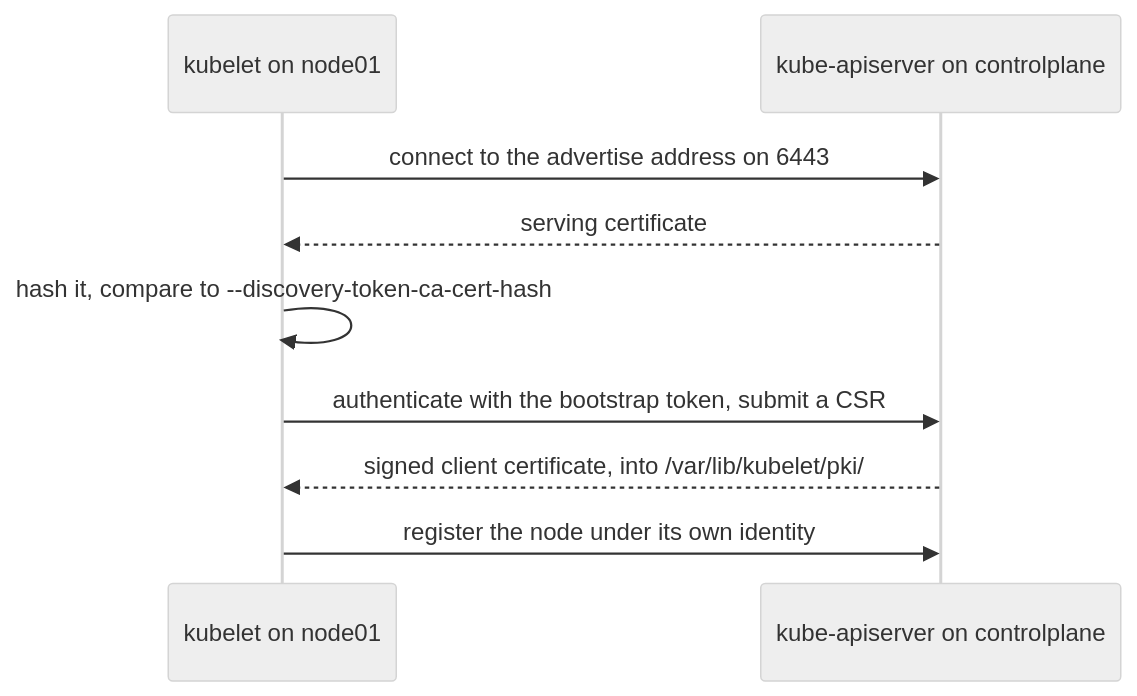
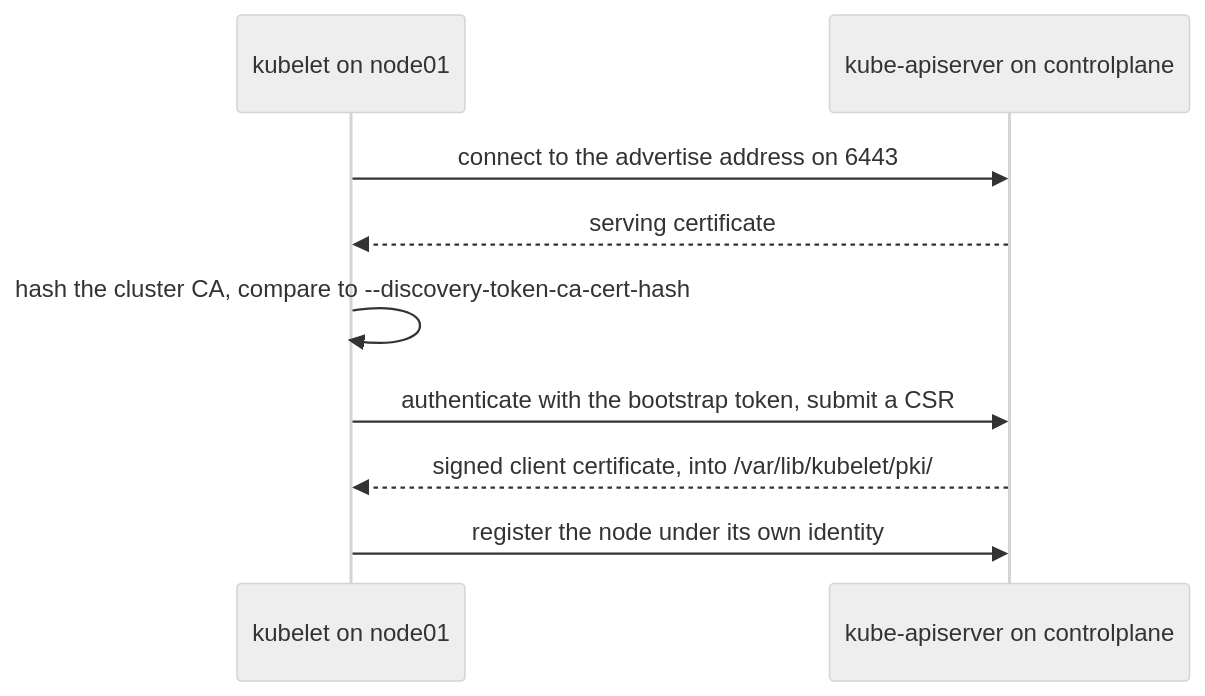
The diagram in references/workers.md (jclapdev/cka-study), drawn with Mermaid (neutral theme) before and after one commit. The commit also changed other lines of this file and 24 other files, not shown here.

````diff
--- a/references/workers.md
+++ b/references/workers.md
@@ -19,11 +35,11 @@
 ```mermaid
 sequenceDiagram
   participant W as kubelet on node01
   participant A as kube-apiserver on controlplane
   W->>A: connect to the advertise address on 6443
   A-->>W: serving certificate
-  W->>W: hash it, compare to --discovery-token-ca-cert-hash
+  W->>W: hash the cluster CA, compare to --discovery-token-ca-cert-hash
   W->>A: authenticate with the bootstrap token, submit a CSR
   A-->>W: signed client certificate, into /var/lib/kubelet/pki/
   W->>A: register the node under its own identity
 ```
````
